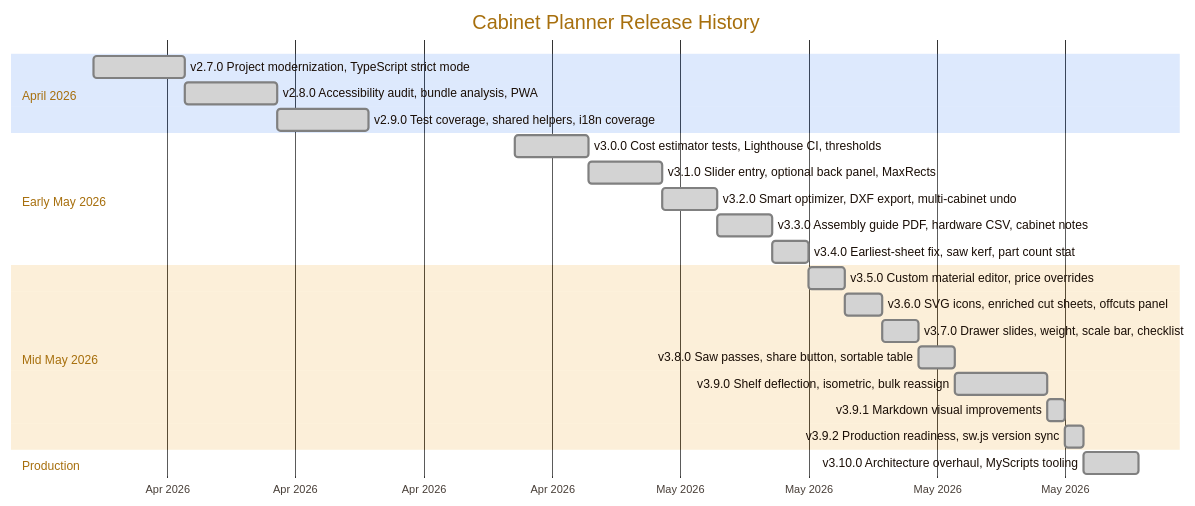
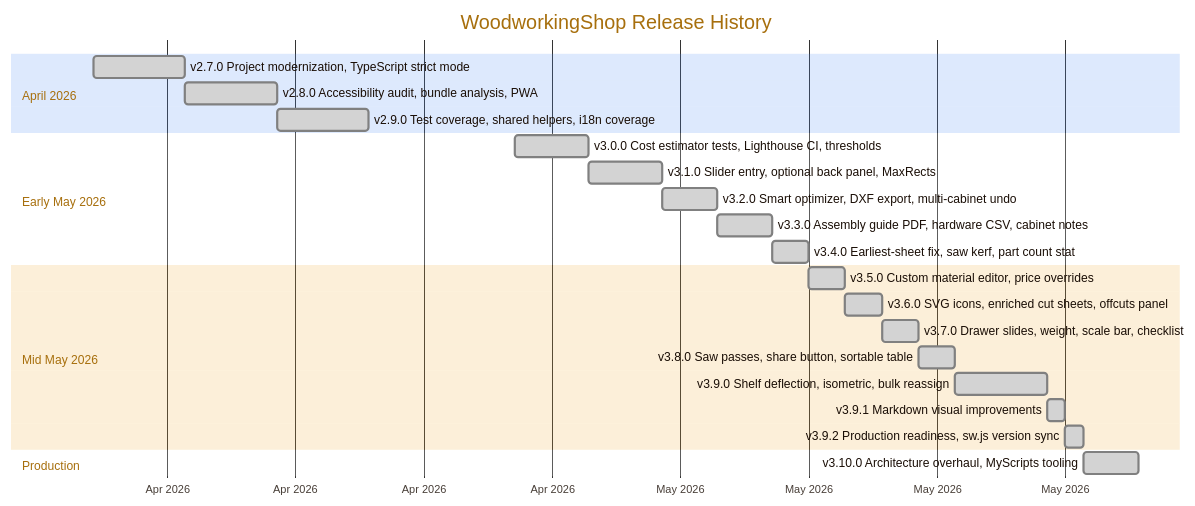
Before and after one commit to RajwanYair/WoodworkingShop: the diagram in docs/SPRINT-HISTORY.md, drawn with Mermaid. The commit also changed other lines of this file and 115 other files, not shown here.

````diff
--- a/docs/SPRINT-HISTORY.md
+++ b/docs/SPRINT-HISTORY.md
@@ -16,27 +16,27 @@
 ```mermaid
 %%{init: {'theme': 'base', 'themeVariables': {'primaryColor': '#f0b040', 'primaryTextColor': '#1a0e06', 'primaryBorderColor': '#8b5022', 'lineColor': '#7a4010'}}}%%
 gantt
-  title Cabinet Planner Release History
+  title WoodworkingShop Release History
   dateFormat YYYY-MM-DD
   axisFormat %b %Y
   section April 2026
     v2.7.0 Project modernization, TypeScript strict mode  :done, v270, 2026-04-01, 5d
     v2.8.0 Accessibility audit, bundle analysis, PWA      :done, v280, after v270, 5d
     v2.9.0 Test coverage, shared helpers, i18n coverage   :done, v290, after v280, 5d
   section Early May 2026
     v3.0.0 Cost estimator tests, Lighthouse CI, thresholds :done, v300, 2026-04-24, 4d
     v3.1.0 Slider entry, optional back panel, MaxRects     :done, v310, after v300, 4d
     v3.2.0 Smart optimizer, DXF export, multi-cabinet undo :done, v320, after v310, 3d
     v3.3.0 Assembly guide PDF, hardware CSV, cabinet notes :done, v330, after v320, 3d
     v3.4.0 Earliest-sheet fix, saw kerf, part count stat   :done, v340, after v330, 2d
   section Mid May 2026
     v3.5.0 Custom material editor, price overrides         :done, v350, after v340, 2d
     v3.6.0 SVG icons, enriched cut sheets, offcuts panel   :done, v360, after v350, 2d
     v3.7.0 Drawer slides, weight, scale bar, checklist     :done, v370, after v360, 2d
     v3.8.0 Saw passes, share button, sortable table        :done, v380, after v370, 2d
     v3.9.0 Shelf deflection, isometric, bulk reassign      :done, v390, after v380, 5d
     v3.9.1 Markdown visual improvements                    :done, v391, after v390, 1d
     v3.9.2 Production readiness, sw.js version sync        :done, v392, after v391, 1d
   section Production
       v3.10.0 Architecture overhaul, MyScripts tooling        :done, v3100, after v392, 3d
 ```
````
